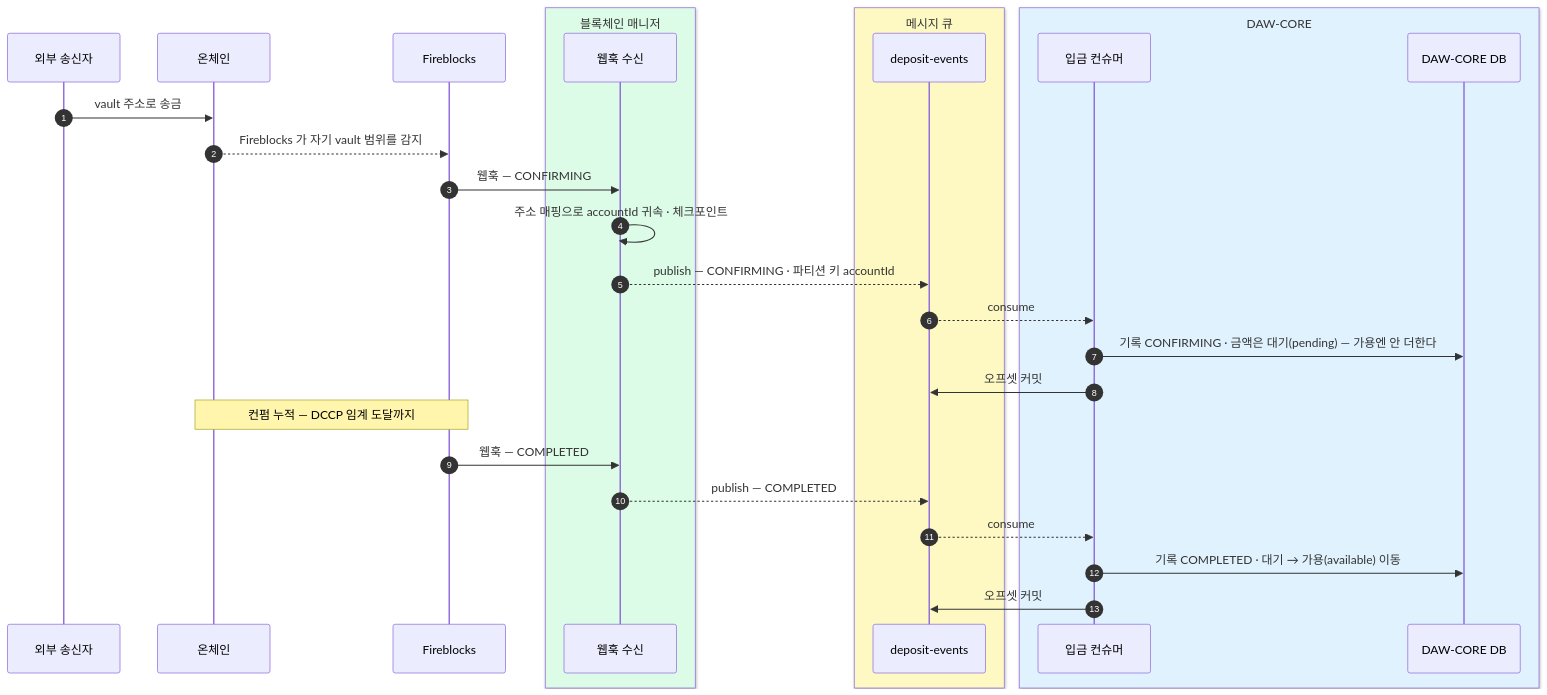
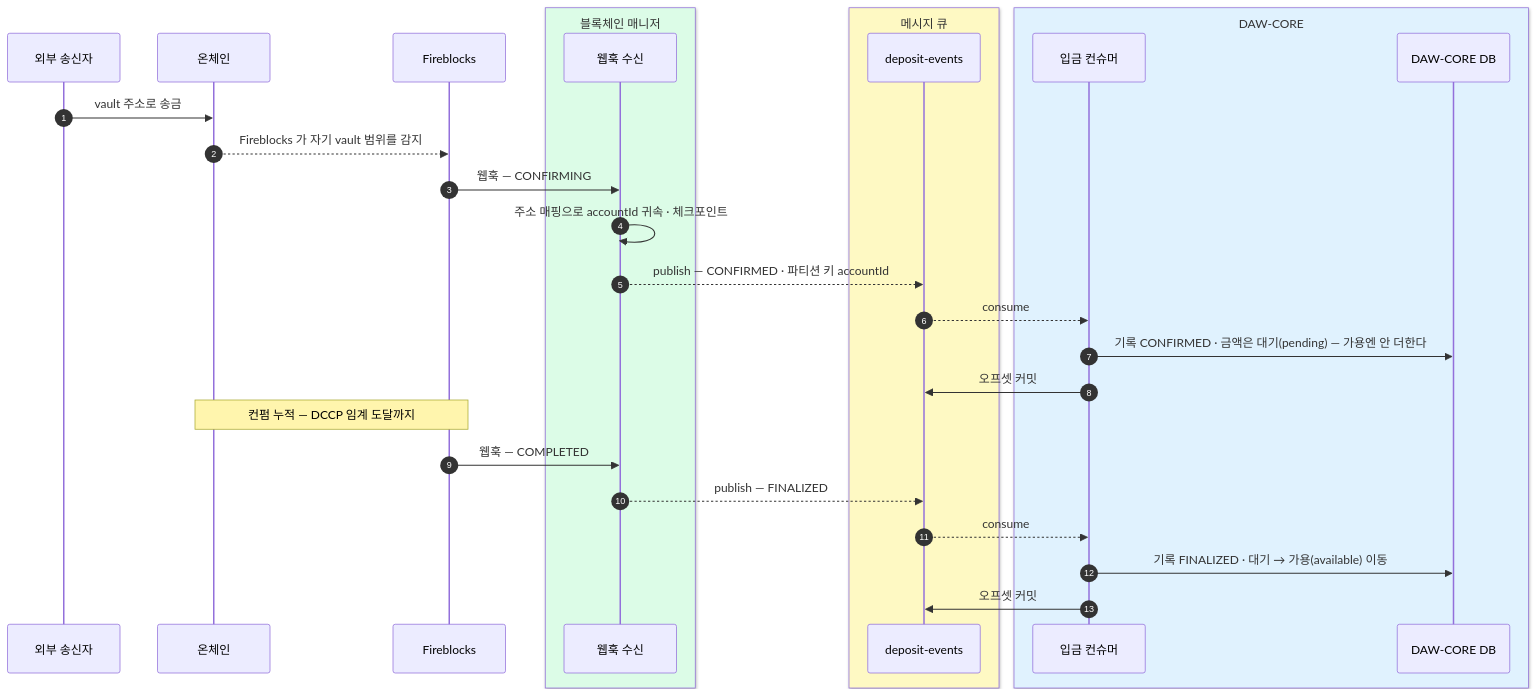
One commit to eunsujeo/eunpus changed the third of 6 diagrams in blockchain-manager/docs/BC/설계/02-bcm-flow.md. Above: the diagram before and after it, drawn with Mermaid. The commit also changed other lines of this file and 17 other files, not shown here.

First line of the commit message:
TxStatus 계약 어휘 개명 — CONFIRMING→CONFIRMED, COMPLETED→FINALIZED

````diff
--- a/blockchain-manager/docs/BC/설계/02-bcm-flow.md
+++ b/blockchain-manager/docs/BC/설계/02-bcm-flow.md
@@ -154,32 +157,32 @@
 ```mermaid
 sequenceDiagram
     autonumber
     participant EXT as 외부 송신자
     participant CH as 온체인
     participant FB as Fireblocks
     box rgb(220,252,231) 블록체인 매니저
     participant BM as 웹훅 수신
     end
     box rgb(254,249,195) 메시지 큐
     participant MQ as deposit-events
     end
     box rgb(224,242,254) DAW-CORE
     participant QC as 입금 컨슈머
     participant DB as DAW-CORE DB
     end
 
     EXT->>CH: vault 주소로 송금
     CH-->>FB: Fireblocks 가 자기 vault 범위를 감지
     FB->>BM: 웹훅 — CONFIRMING
     BM->>BM: 주소 매핑으로 accountId 귀속 · 체크포인트
-    BM-->>MQ: publish — CONFIRMING · 파티션 키 accountId
+    BM-->>MQ: publish — CONFIRMED · 파티션 키 accountId
     MQ-->>QC: consume
-    QC->>DB: 기록 CONFIRMING · 금액은 대기(pending) — 가용엔 안 더한다
+    QC->>DB: 기록 CONFIRMED · 금액은 대기(pending) — 가용엔 안 더한다
     QC->>MQ: 오프셋 커밋
     Note over CH,FB: 컨펌 누적 — DCCP 임계 도달까지
     FB->>BM: 웹훅 — COMPLETED
-    BM-->>MQ: publish — COMPLETED
+    BM-->>MQ: publish — FINALIZED
     MQ-->>QC: consume
-    QC->>DB: 기록 COMPLETED · 대기 → 가용(available) 이동
+    QC->>DB: 기록 FINALIZED · 대기 → 가용(available) 이동
     QC->>MQ: 오프셋 커밋
 ```
````
